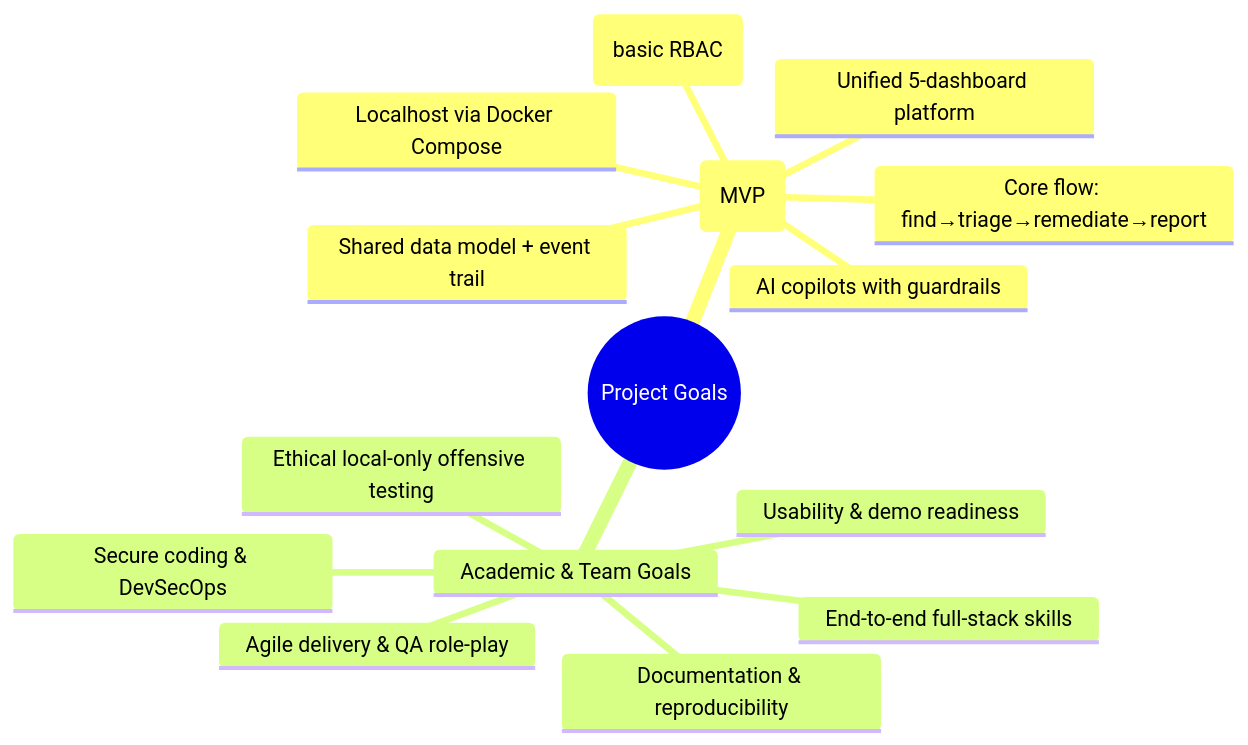
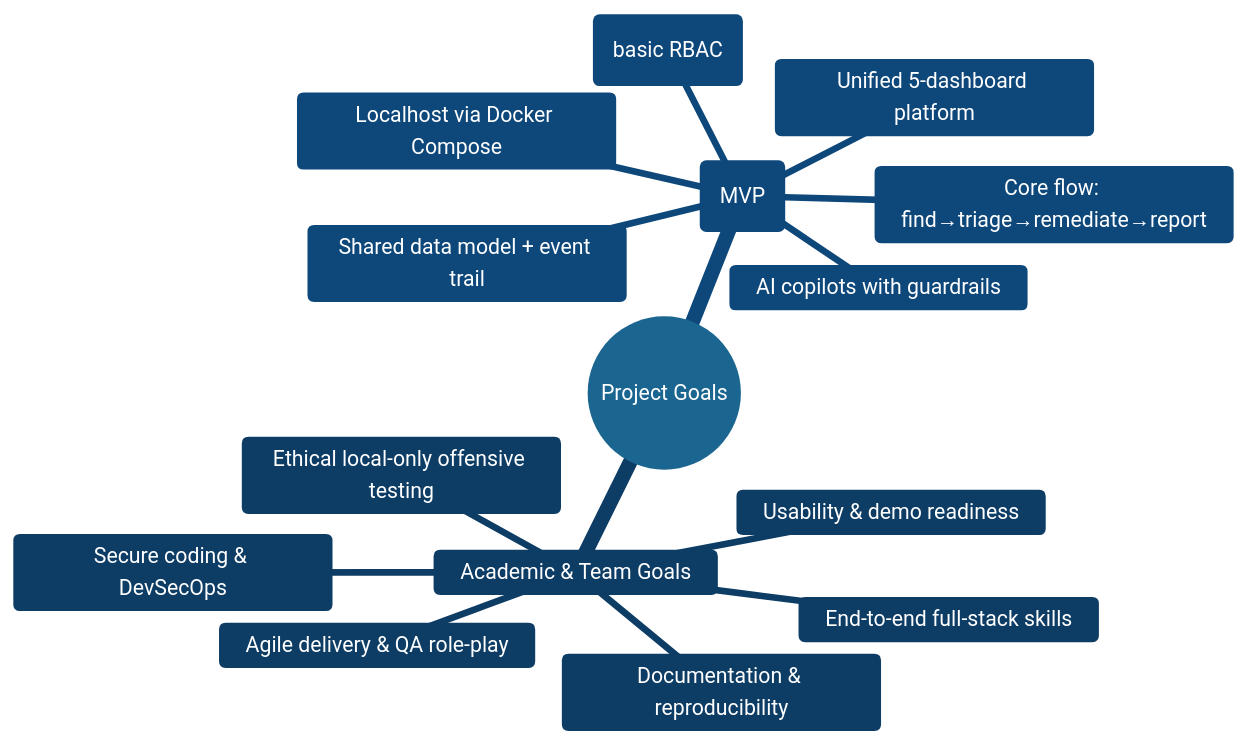
The third of 20 diagrams in 0 - Proposal.md (mahmoud01277599066-design/Advanced-Cybersecurity-Intelligence-Platform-v1), drawn with Mermaid before and after one commit.

Commit message:
Update 0 - Proposal.md

````diff
--- a/0 - Proposal.md
+++ b/0 - Proposal.md
@@ -44,18 +44,29 @@
 ```mermaid
+%%{init: {"theme": "base", "themeVariables": {
+    "primaryColor": "#4ea8de",
+    "primaryTextColor": "#ffffff",
+    "primaryBorderColor": "#74c0fc",
+    "lineColor": "#a5d8ff",
+    "secondaryColor": "#228be6",
+    "tertiaryColor": "#1c7ed6",
+    "textColor": "#ffffff",
+    "background": "#1e1e2f"
+}}}%%
 mindmap
   root((Project Goals))
     Product Goals (MVP)
       Unified 5-dashboard platform
       Shared data model + event trail
       AI copilots with guardrails
       Core flow: find→triage→remediate→report
       Localhost via Docker Compose
       Role-based views (basic RBAC)
     Academic & Team Goals
       End-to-end full-stack skills
       Agile delivery & QA role-play
       Secure coding & DevSecOps
       Usability & demo readiness
       Documentation & reproducibility
       Ethical local-only offensive testing
+
 ```
````
